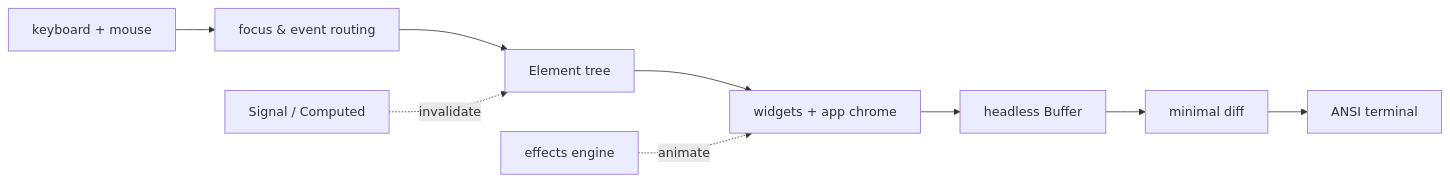
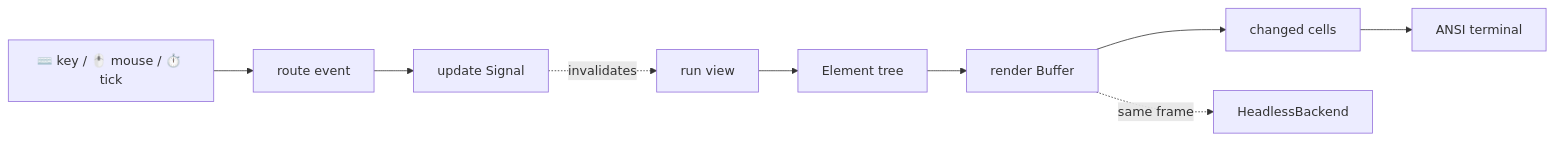
The diagram in website/docs/intro.md (oleksandr-balyshyn/glyphora), drawn with Mermaid before and after one commit. The commit also changed other lines of this file and 49 other files, not shown here.

````diff
--- a/website/docs/intro.md
+++ b/website/docs/intro.md
@@ -14,11 +50,11 @@
 ```mermaid
 flowchart LR
-  Input["keyboard + mouse"] --> Router["focus & event routing"]
-  Router --> View["Element tree"]
-  Signals["Signal / Computed"] -. invalidate .-> View
-  View --> Widgets["widgets + app chrome"]
-  Effects["effects engine"] -. animate .-> Widgets
-  Widgets --> Buffer["headless Buffer"]
-  Buffer --> Diff["minimal diff"]
+  Event["⌨️ key / 🖱️ mouse / ⏱️ tick"] --> Route["route event"]
+  Route --> Write["update Signal"]
+  Write -. invalidates .-> View["run view"]
+  View --> Tree["Element tree"]
+  Tree --> Buffer["render Buffer"]
+  Buffer --> Diff["changed cells"]
   Diff --> Terminal["ANSI terminal"]
+  Buffer -. same frame .-> Test["HeadlessBackend"]
 ```
````
